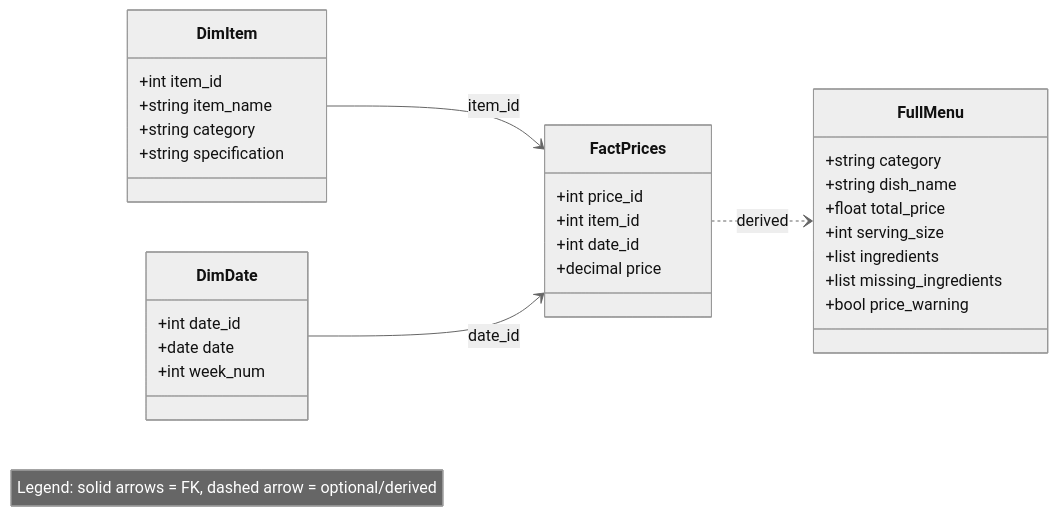
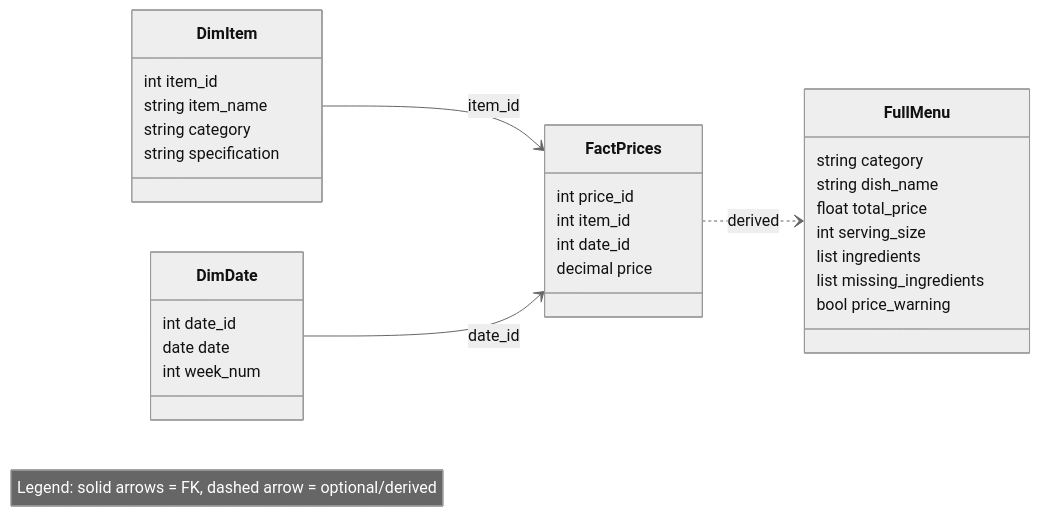
One commit to CalistaJajalla/nochebuena-budget-tracker changed the diagram in SET-UP.md. Above: the diagram before and after it, drawn with Mermaid (neutral theme).

````diff
--- a/SET-UP.md
+++ b/SET-UP.md
@@ -109,41 +109,41 @@
 ```mermaid
 classDiagram
     direction LR
 
     class DimItem {
-        +int item_id
-        +string item_name
-        +string category
-        +string specification
+        int item_id
+        string item_name
+        string category
+        string specification
     }
 
     class FactPrices {
-        +int price_id
-        +int item_id
-        +int date_id
-        +decimal price
+        int price_id
+        int item_id
+        int date_id
+        decimal price
     }
 
     class DimDate {
-        +int date_id
-        +date date
-        +int week_num
+        int date_id
+        date date
+        int week_num
     }
 
     DimItem --> FactPrices : item_id
     DimDate --> FactPrices : date_id
 
     class FullMenu {
-        +string category
-        +string dish_name
-        +float total_price
-        +int serving_size
-        +list ingredients
-        +list missing_ingredients
-        +bool price_warning
+        string category
+        string dish_name
+        float total_price
+        int serving_size
+        list ingredients
+        list missing_ingredients
+        bool price_warning
     }
 
     FactPrices ..> FullMenu : derived
 
     note "Legend: solid arrows = FK, dashed arrow = optional/derived"
 ```
````
